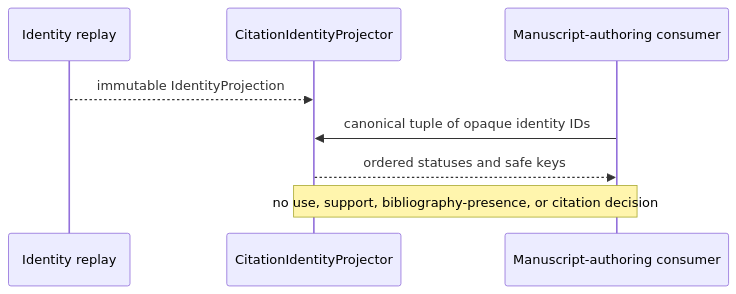
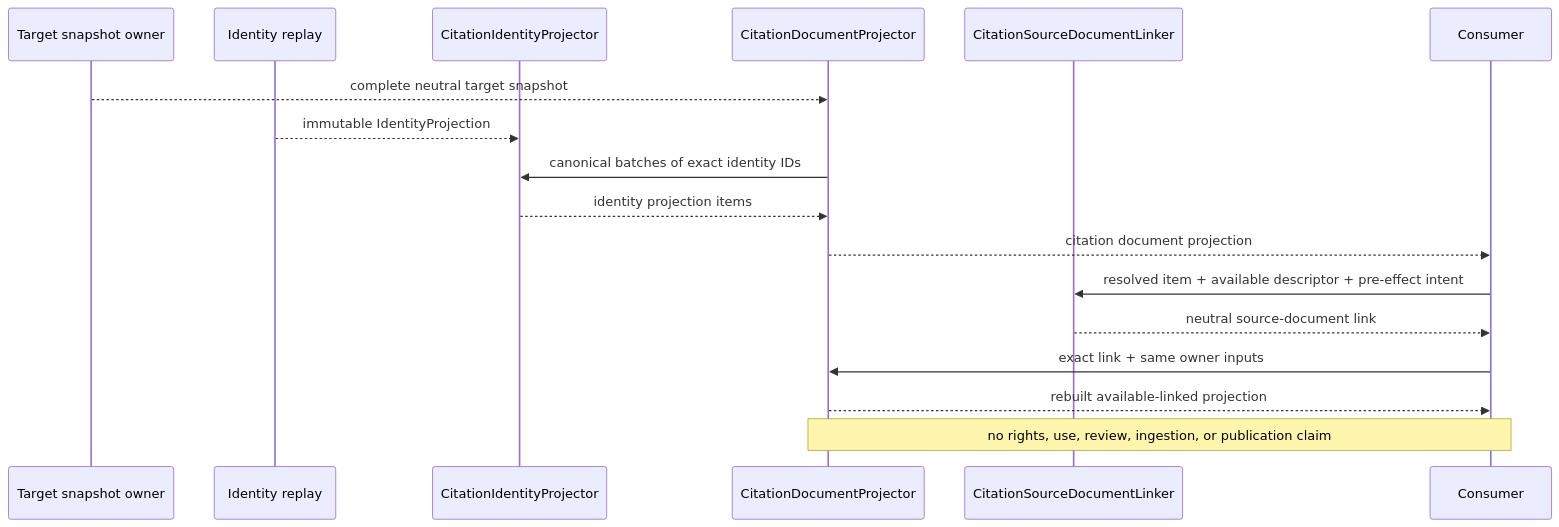
Before and after one commit to eragasa/projectkoios-references: the diagram in docs/architecture/projectkoios/references/implementation.md, drawn with Mermaid. The commit also changed other lines of this file and 33 other files, not shown here.

Commit message:
Add citation document control contracts

````diff
--- a/docs/architecture/projectkoios/references/implementation.md
+++ b/docs/architecture/projectkoios/references/implementation.md
@@ -7,10 +8,19 @@
 ```mermaid
 sequenceDiagram
+    participant T as Target snapshot owner
     participant R as Identity replay
-    participant P as CitationIdentityProjector
-    participant C as Manuscript-authoring consumer
-    R-->>P: immutable IdentityProjection
-    C->>P: canonical tuple of opaque identity IDs
-    P-->>C: ordered statuses and safe keys
-    Note over P,C: no use, support, bibliography-presence, or citation decision
+    participant I as CitationIdentityProjector
+    participant D as CitationDocumentProjector
+    participant L as CitationSourceDocumentLinker
+    participant C as Consumer
+    T-->>D: complete neutral target snapshot
+    R-->>I: immutable IdentityProjection
+    D->>I: canonical batches of exact identity IDs
+    I-->>D: identity projection items
+    D-->>C: citation document projection
+    C->>L: resolved item + available descriptor + pre-effect intent
+    L-->>C: neutral source-document link
+    C->>D: exact link + same owner inputs
+    D-->>C: rebuilt available-linked projection
+    Note over D,C: no rights, use, review, ingestion, or publication claim
 ```
````
